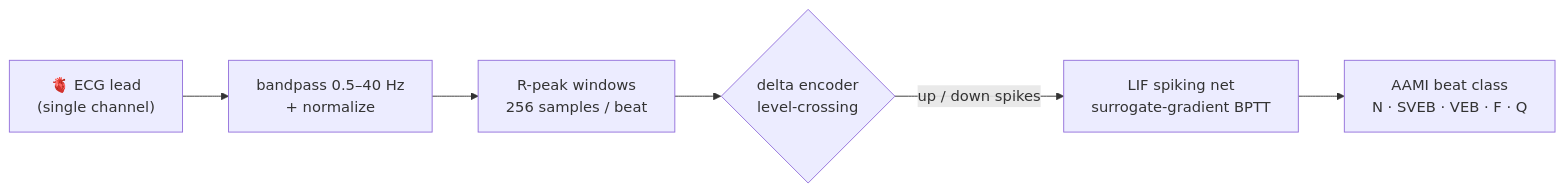
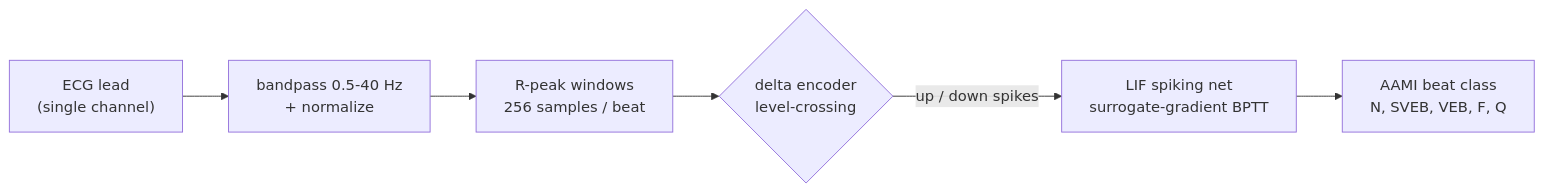
One commit to Talch87/neuro-beat changed the first of 2 diagrams in README.md. Above: the diagram before and after it, drawn with Mermaid. The commit also changed other lines of this file and 1 other file, not shown here.

````diff
--- a/README.md
+++ b/README.md
@@ -48,8 +37,8 @@
 ```mermaid
 flowchart LR
-    A["🫀 ECG lead<br/>(single channel)"] --> B["bandpass 0.5–40 Hz<br/>+ normalize"]
+    A["ECG lead<br/>(single channel)"] --> B["bandpass 0.5-40 Hz<br/>+ normalize"]
     B --> C["R-peak windows<br/>256 samples / beat"]
     C --> D{"delta encoder<br/>level-crossing"}
     D -->|"up / down spikes"| E["LIF spiking net<br/>surrogate-gradient BPTT"]
-    E --> F["AAMI beat class<br/>N · SVEB · VEB · F · Q"]
+    E --> F["AAMI beat class<br/>N, SVEB, VEB, F, Q"]
 ```
````
